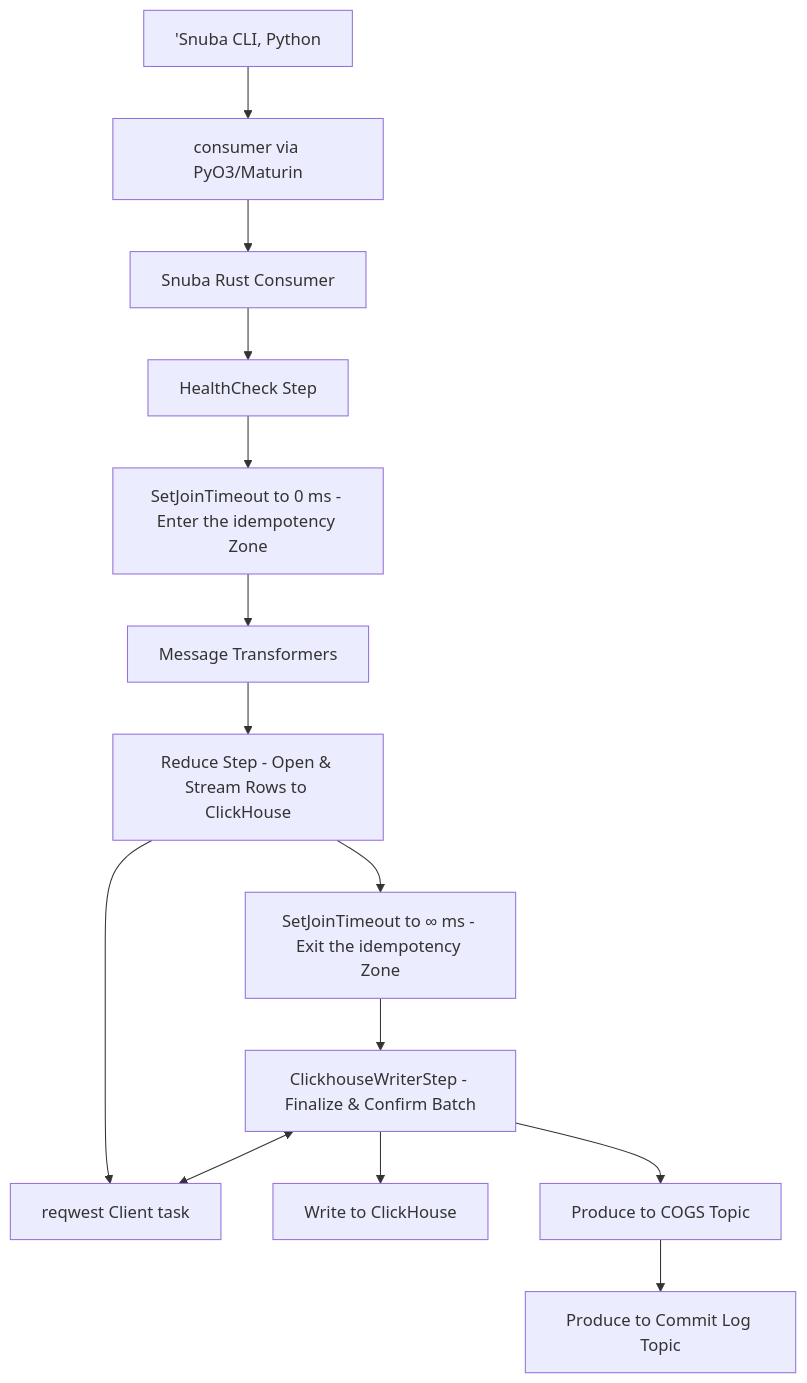
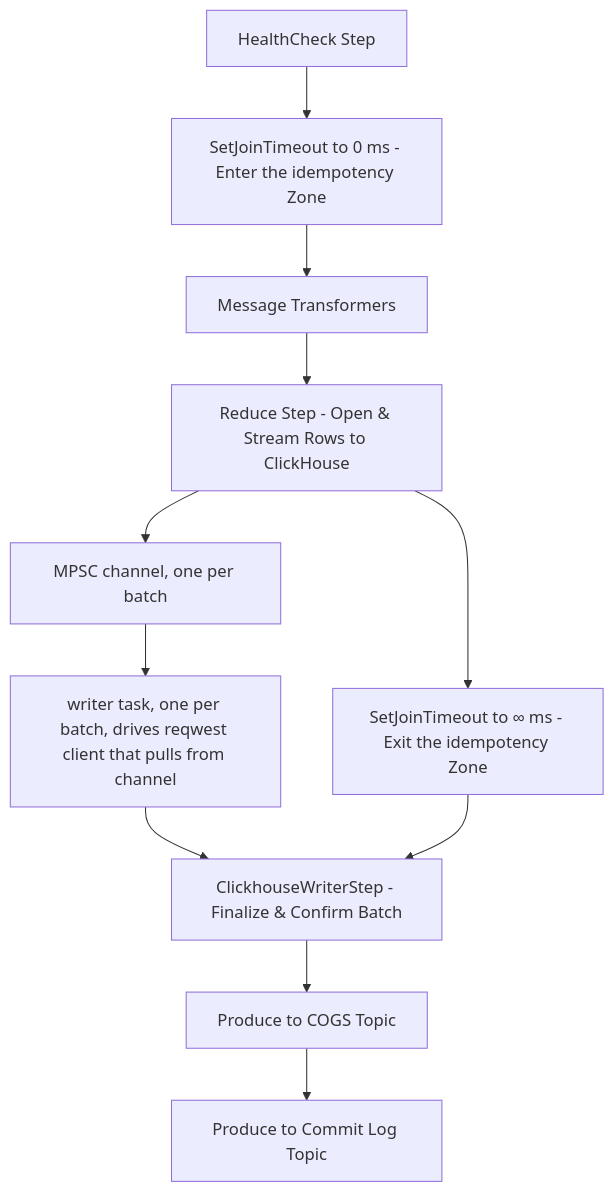
The diagram in rust_snuba/ARCHITECTURE.md (getsentry/snuba), drawn with Mermaid before and after one commit.

Commit message:
fix architecture diagram

````diff
--- a/rust_snuba/ARCHITECTURE.md
+++ b/rust_snuba/ARCHITECTURE.md
@@ -84,18 +84,15 @@
 ```mermaid
 flowchart TD
-    A['Snuba CLI, Python] --> B[consumer via PyO3/Maturin]
-    B --> C[Snuba Rust Consumer]
-
-    C --> D1[HealthCheck Step]
+    D1[HealthCheck Step]
     D1 --> D2[SetJoinTimeout to 0 ms - Enter the idempotency Zone]
     D2 --> E[Message Transformers]
     E --> F[Reduce Step - Open & Stream Rows to ClickHouse]
-    F --> W[reqwest Client task]
-    H <--> W
+    F --> W[MPSC channel, one per batch]
+    W --> W1[writer task, one per batch, drives reqwest client that pulls from channel]
+    W1 --> H
     F --> G[SetJoinTimeout to ∞ ms - Exit the idempotency Zone]
     G --> H[ClickhouseWriterStep - Finalize & Confirm Batch]
 
-    H --> I1[Write to ClickHouse]
     H --> I2[Produce to COGS Topic]
     I2 --> I3[Produce to Commit Log Topic]
 ```
````
